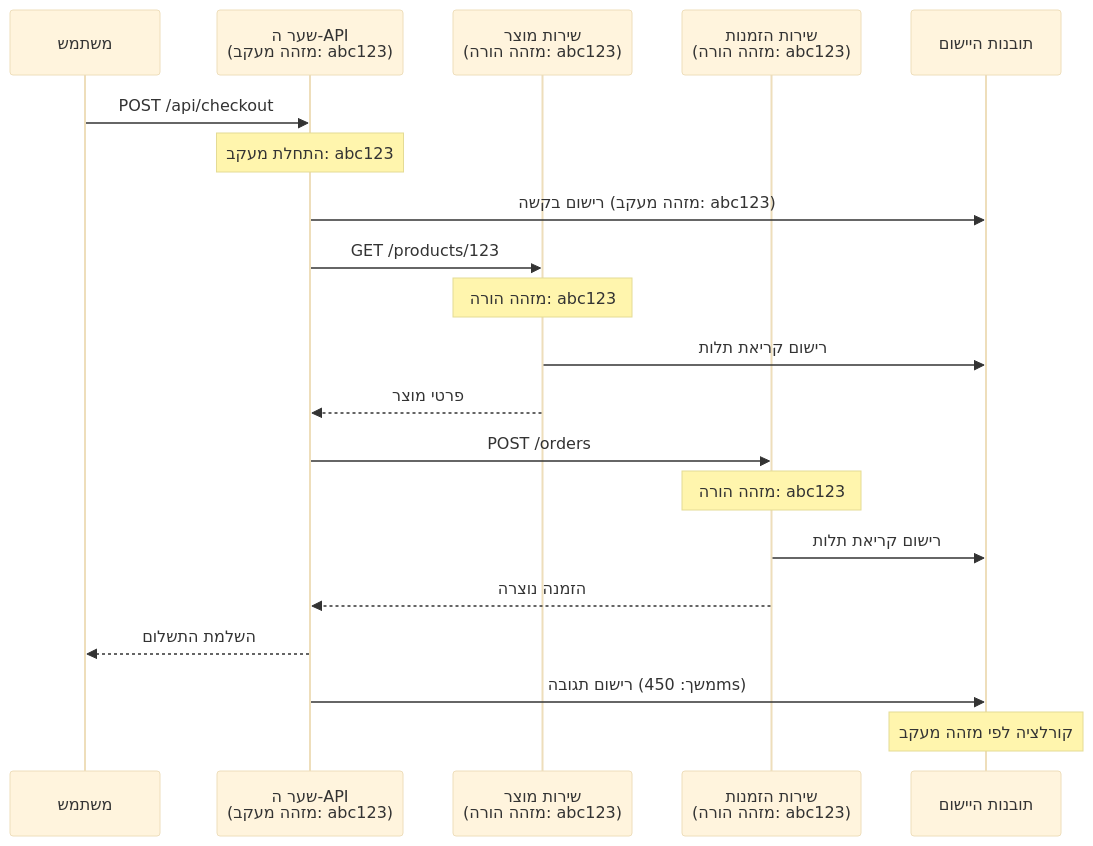
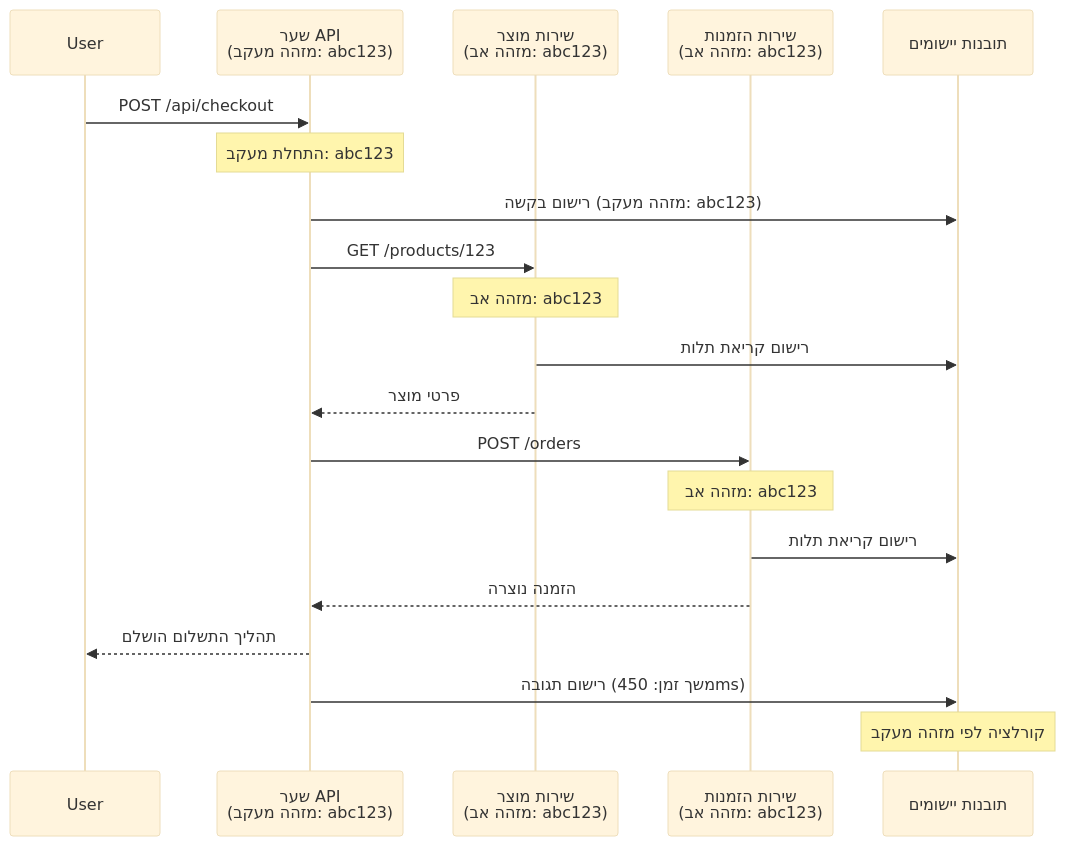
The second of 2 diagrams in translations/he/docs/chapter-06-pre-deployment/application-insights.md (microsoft/AZD-for-beginners), drawn with Mermaid (base theme) before and after one commit. The commit also changed other lines of this file and 101 other files, not shown here.

````diff
--- a/translations/he/docs/chapter-06-pre-deployment/application-insights.md
+++ b/translations/he/docs/chapter-06-pre-deployment/application-insights.md
@@ -744,27 +744,27 @@
 ```mermaid
 sequenceDiagram
-    participant User as משתמש
-    participant Gateway as שער ה-API<br/>(מזהה מעקב: abc123)
-    participant Product as שירות מוצר<br/>(מזהה הורה: abc123)
-    participant Order as שירות הזמנות<br/>(מזהה הורה: abc123)
-    participant AppInsights as תובנות היישום
+    participant User
+    participant Gateway as שער API<br/>(מזהה מעקב: abc123)
+    participant Product as שירות מוצר<br/>(מזהה אב: abc123)
+    participant Order as שירות הזמנות<br/>(מזהה אב: abc123)
+    participant AppInsights as תובנות יישומים
     
     User->>Gateway: POST /api/checkout
     Note over Gateway: התחלת מעקב: abc123
     Gateway->>AppInsights: רישום בקשה (מזהה מעקב: abc123)
     
     Gateway->>Product: GET /products/123
-    Note over Product: מזהה הורה: abc123
+    Note over Product: מזהה אב: abc123
     Product->>AppInsights: רישום קריאת תלות
     Product-->>Gateway: פרטי מוצר
     
     Gateway->>Order: POST /orders
-    Note over Order: מזהה הורה: abc123
+    Note over Order: מזהה אב: abc123
     Order->>AppInsights: רישום קריאת תלות
     Order-->>Gateway: הזמנה נוצרה
     
-    Gateway-->>User: השלמת התשלום
-    Gateway->>AppInsights: רישום תגובה (משך: 450ms)
+    Gateway-->>User: תהליך התשלום הושלם
+    Gateway->>AppInsights: רישום תגובה (משך זמן: 450ms)
     
     Note over AppInsights: קורלציה לפי מזהה מעקב
 ```
````
